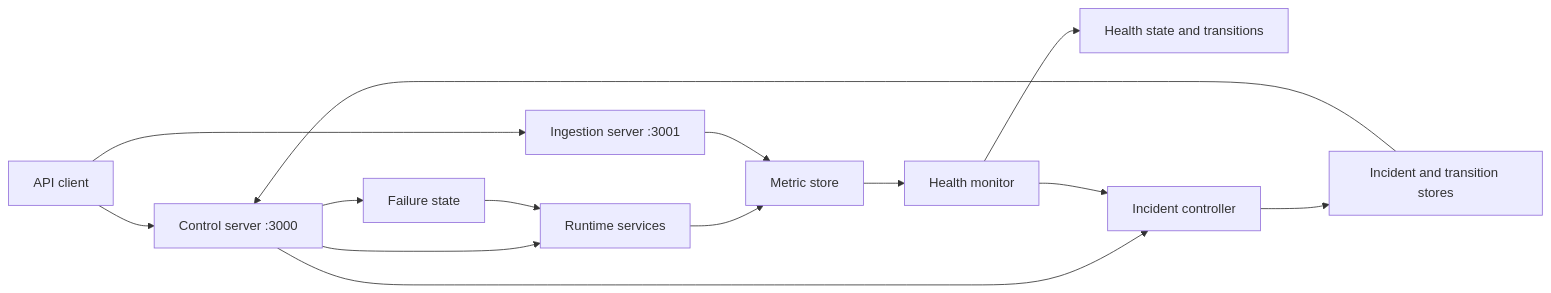
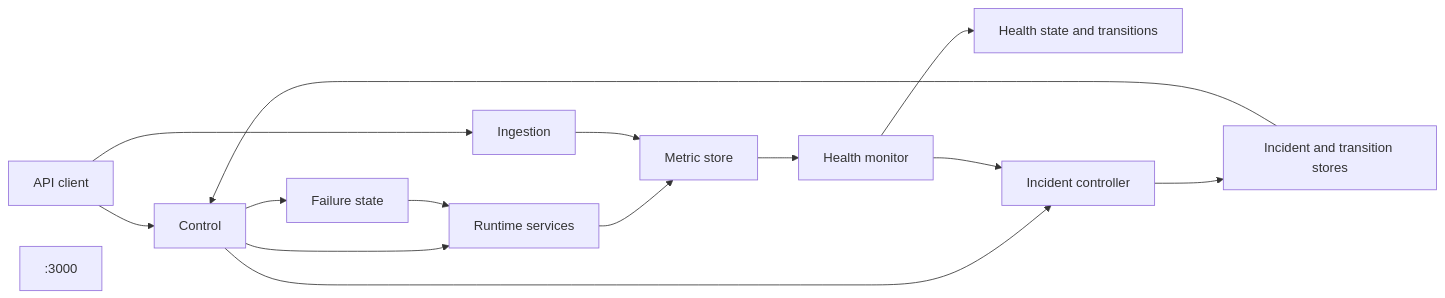
The diagram in docs/diagrams/architecture.md (trai-lynne-cloud/tlcore), drawn with Mermaid before and after one commit. The commit also changed 10 other files, not shown here.

````diff
--- a/docs/diagrams/architecture.md
+++ b/docs/diagrams/architecture.md
@@ -3,27 +3,26 @@
 ```mermaid
 flowchart LR
     Client["API client"]
-    Control["Control server :3000"]
-    Ingestion["Ingestion server :3001"]
+    Server[":3000"]
     Runtime["Runtime services"]
     Failure["Failure state"]
     Metrics["Metric store"]
     Health["Health monitor"]
     HealthState["Health state and transitions"]
     Incident["Incident controller"]
     IncidentStores["Incident and transition stores"]
 
     Client --> Control
     Client --> Ingestion
     Control --> Failure
     Control --> Incident
     Control --> Runtime
     Failure --> Runtime
     Runtime --> Metrics
     Ingestion --> Metrics
     Metrics --> Health
     Health --> HealthState
     Health --> Incident
     Incident --> IncidentStores
     IncidentStores --> Control
 ```
````
